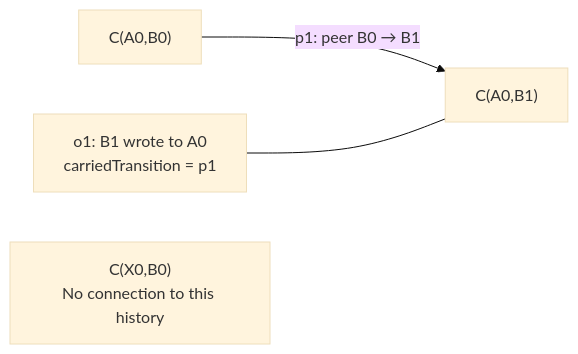
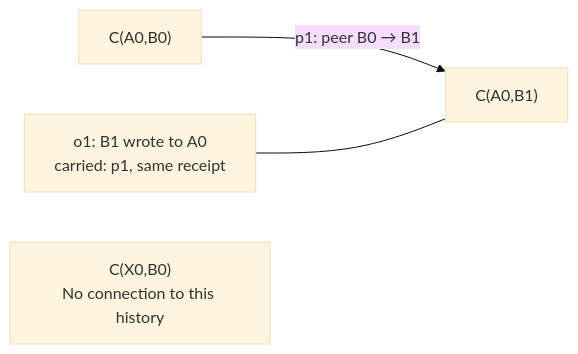
One commit to estoc-dev/estoc changed the second of 18 diagrams in packages/continuity/docs/guide.md. Above: the diagram before and after it, drawn with Mermaid (base theme). The commit also changed other lines of this file and 35 other files, not shown here.

````diff
--- a/packages/continuity/docs/guide.md
+++ b/packages/continuity/docs/guide.md
@@ -53,6 +56,6 @@
 ```mermaid
 flowchart LR
     C00["C(A0,B0)"] -->|"p1: peer B0 → B1"| C01["C(A0,B1)"]
-    O1["o1: B1 wrote to A0<br/>carriedTransition = p1"] --- C01
+    O1["o1: B1 wrote to A0<br/>carried: p1, same receipt"] --- C01
     CX["C(X0,B0)<br/>No connection to this history"]
 ```
````
